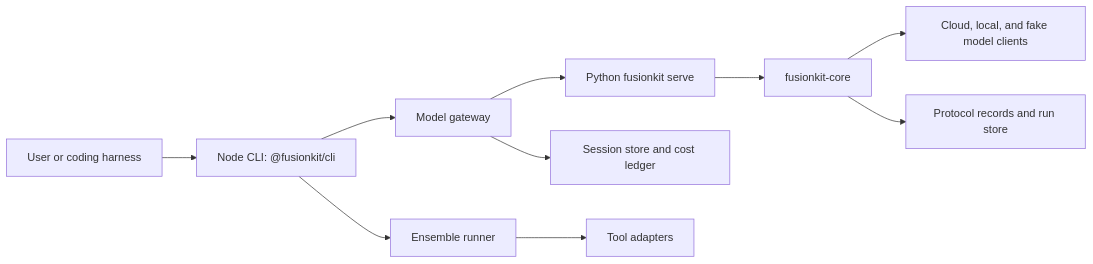
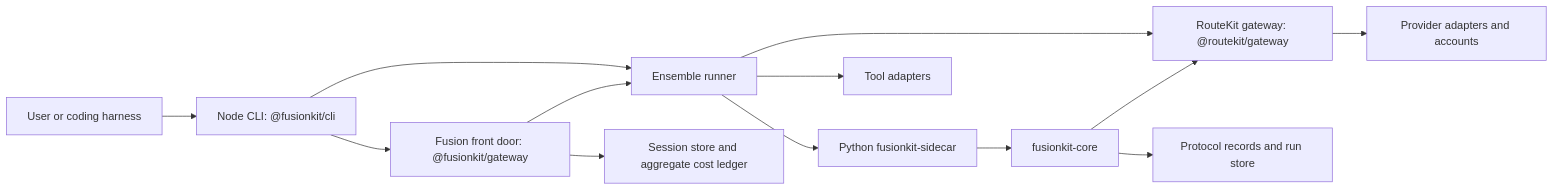
The first of 2 diagrams in docs/repository-reference.md (velum-labs/handoffkit), drawn with Mermaid before and after one commit. The commit also changed other lines of this file and 776 other files, not shown here.

First line of the commit message:
Split RouteKit routing foundation from FusionKit (#112)

````diff
--- a/docs/repository-reference.md
+++ b/docs/repository-reference.md
@@ -13,12 +13,15 @@
 ```mermaid
 flowchart LR
   User[User or coding harness] --> CLI[Node CLI: @fusionkit/cli]
-  CLI --> Gateway[Model gateway]
+  CLI --> FusionGateway["Fusion front door: @fusionkit/gateway"]
   CLI --> Ensemble[Ensemble runner]
-  Gateway --> PythonServer[Python fusionkit serve]
+  FusionGateway --> Sessions[Session store and aggregate cost ledger]
+  FusionGateway --> Ensemble
+  Ensemble --> RouteKitGateway["RouteKit gateway: @routekit/gateway"]
+  RouteKitGateway --> Providers[Provider adapters and accounts]
+  Ensemble --> PythonServer[Python fusionkit-sidecar]
   Ensemble --> Tools[Tool adapters]
   PythonServer --> Core[fusionkit-core]
-  Core --> Providers[Cloud, local, and fake model clients]
+  Core --> RouteKitGateway
   Core --> Records[Protocol records and run store]
-  Gateway --> Sessions[Session store and cost ledger]
 ```
````
